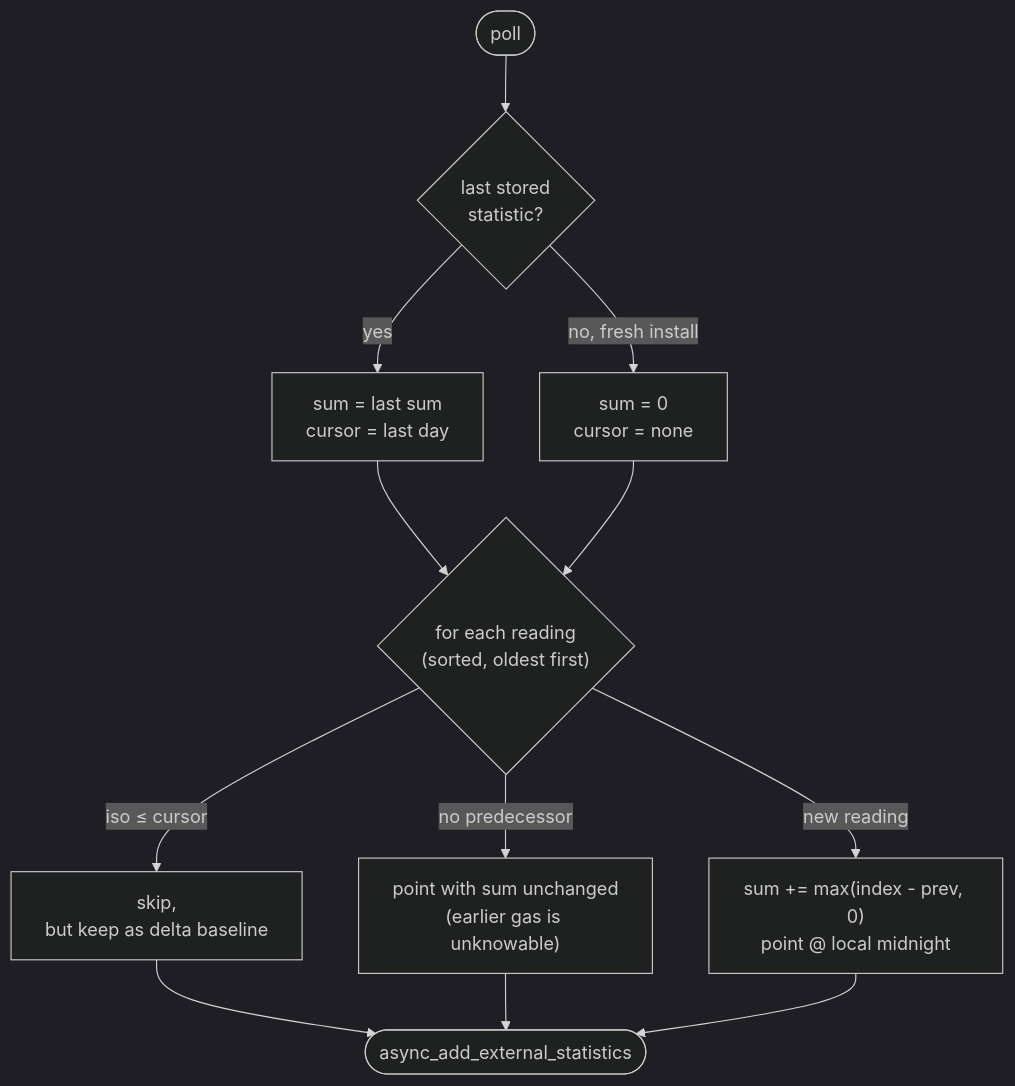
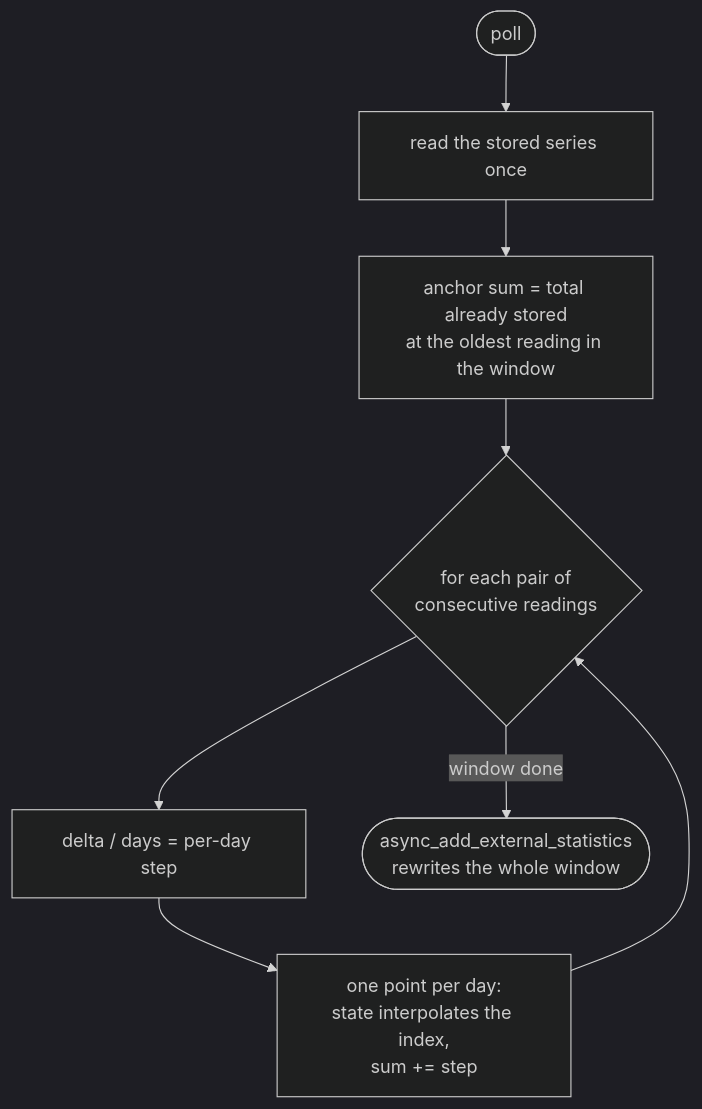
One commit to JoaoPedroBelo/curgasnatural-ha changed the third of 3 diagrams in custom_components/curgasnatural/docs/API.md. Above: the diagram before and after it, drawn with Mermaid (dark theme). The commit also changed other lines of this file and 8 other files, not shown here.

````diff
--- a/custom_components/curgasnatural/docs/API.md
+++ b/custom_components/curgasnatural/docs/API.md
@@ -291,14 +295,10 @@
 ```mermaid
 flowchart TD
-    START([poll]) --> LAST{last stored<br/>statistic?}
-    LAST -->|yes| CONT["sum = last sum<br/>cursor = last day"]
-    LAST -->|no, fresh install| SEED["sum = 0<br/>cursor = none"]
-    CONT --> LOOP
-    SEED --> LOOP
-    LOOP{"for each reading<br/>(sorted, oldest first)"} -->|"iso ≤ cursor"| SKIP["skip,<br/>but keep as delta baseline"]
-    LOOP -->|"no predecessor"| BASE["point with sum unchanged<br/>(earlier gas is unknowable)"]
-    LOOP -->|new reading| ADD["sum += max(index - prev, 0)<br/>point @ local midnight"]
-    SKIP --> DONE
-    BASE --> DONE
-    ADD --> DONE([async_add_external_statistics])
+    START([poll]) --> READ["read the stored series once"]
+    READ --> ANCHOR["anchor sum = total already stored<br/>at the oldest reading in the window"]
+    ANCHOR --> LOOP{"for each pair of<br/>consecutive readings"}
+    LOOP --> SPLIT["delta / days = per-day step"]
+    SPLIT --> DAYS["one point per day:<br/>state interpolates the index,<br/>sum += step"]
+    DAYS --> LOOP
+    LOOP -->|window done| WRITE([async_add_external_statistics<br/>rewrites the whole window])
 ```
````
